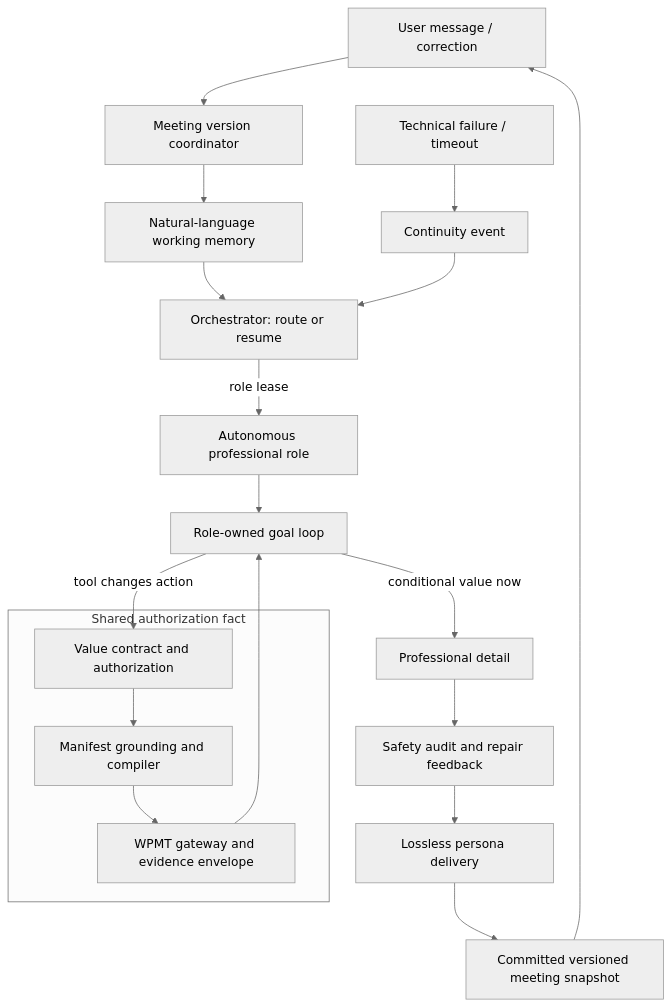
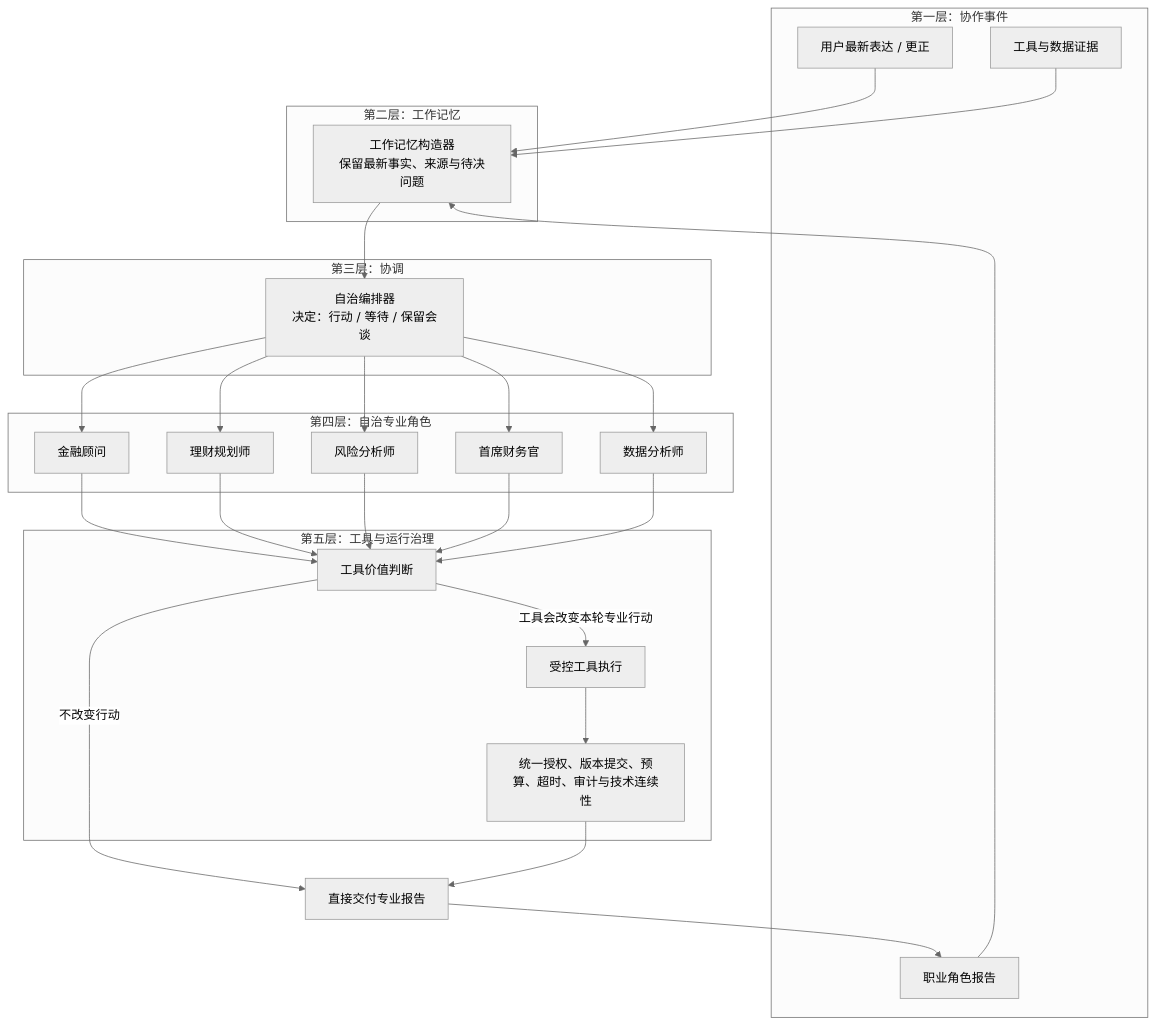
The diagram in diagrams/architecture_overview.mmd (WXYNB66/-Autonomous-Domain-Agents), drawn with Mermaid (neutral theme) before and after one commit. The commit also changed 13 other files, not shown here.

```diff
--- a/diagrams/architecture_overview.mmd
+++ b/diagrams/architecture_overview.mmd
@@ -1,24 +1,48 @@
 flowchart TB
-    U[User message / correction] --> V[Meeting version coordinator]
-    V --> M[Natural-language working memory]
-    M --> O[Orchestrator: route or resume]
-    O -->|role lease| R[Autonomous professional role]
-    R --> G[Role-owned goal loop]
-    G -->|conditional value now| D[Professional detail]
-    G -->|tool changes action| A[Value contract and authorization]
-    A --> C[Manifest grounding and compiler]
-    C --> W[WPMT gateway and evidence envelope]
-    W --> G
-    D --> Q[Safety audit and repair feedback]
-    Q --> P[Lossless persona delivery]
-    P --> S[Committed versioned meeting snapshot]
-    S --> U
+    subgraph L1[第一层：协作事件]
+        U[用户最新表达 / 更正]
+        R[职业角色报告]
+        X[工具与数据证据]
+    end
 
-    X[Technical failure / timeout] --> H[Continuity event]
-    H --> O
+    subgraph L2[第二层：工作记忆]
+        M[工作记忆构造器<br/>保留最新事实、来源与待决问题]
+    end
 
-    subgraph Shared authorization fact
-      A
-      C
-      W
+    subgraph L3[第三层：协调]
+        O[自治编排器<br/>决定：行动 / 等待 / 保留会谈]
     end
+
+    subgraph L4[第四层：自治专业角色]
+        FA[金融顾问]
+        FP[理财规划师]
+        RA[风险分析师]
+        CFO[首席财务官]
+        DA[数据分析师]
+    end
+
+    subgraph L5[第五层：工具与运行治理]
+        TV[工具价值判断]
+        TE[受控工具执行]
+        G[统一授权、版本提交、预算、超时、审计与技术连续性]
+    end
+
+    U --> M
+    R --> M
+    X --> M
+    M --> O
+    O --> FA
+    O --> FP
+    O --> RA
+    O --> CFO
+    O --> DA
+    FA --> TV
+    FP --> TV
+    RA --> TV
+    CFO --> TV
+    DA --> TV
+    TV -->|工具会改变本轮专业行动| TE
+    TV -->|不改变行动| N[直接交付专业报告]
+    TE --> G
+    G --> N
+    N --> R
```
